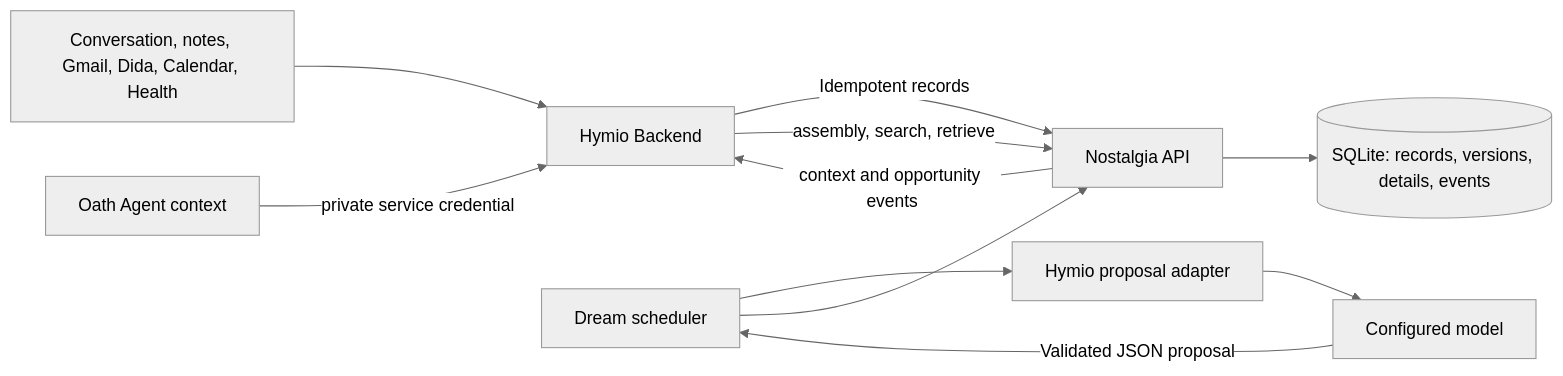
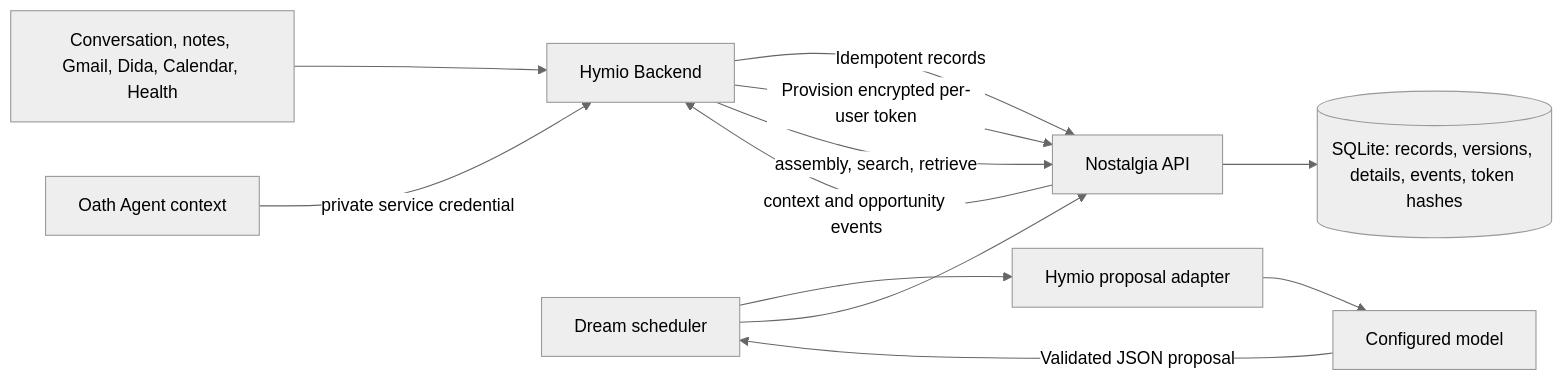
The first of 2 diagrams in docs/nostalgia/architecture.md (HymioSpace/hymio-doc), drawn with Mermaid (neutral theme) before and after one commit. The commit also changed other lines of this file and 15 other files, not shown here.

````diff
--- a/docs/nostalgia/architecture.md
+++ b/docs/nostalgia/architecture.md
@@ -10,13 +10,14 @@
 ```mermaid
 flowchart LR
   Sources[Conversation, notes, Gmail, Dida, Calendar, Health] --> Hymio[Hymio Backend]
   Hymio -->|Idempotent records| N[Nostalgia API]
-  N --> Store[(SQLite: records, versions, details, events)]
+  Hymio -->|Provision encrypted per-user token| N
+  N --> Store[(SQLite: records, versions, details, events, token hashes)]
   Scheduler[Dream scheduler] --> Provider[Hymio proposal adapter]
   Provider --> Model[Configured model]
   Model -->|Validated JSON proposal| Scheduler
   Scheduler --> N
   Oath[Oath Agent context] -->|private service credential| Hymio
   Hymio -->|assembly, search, retrieve| N
   N -->|context and opportunity events| Hymio
 ```
````
